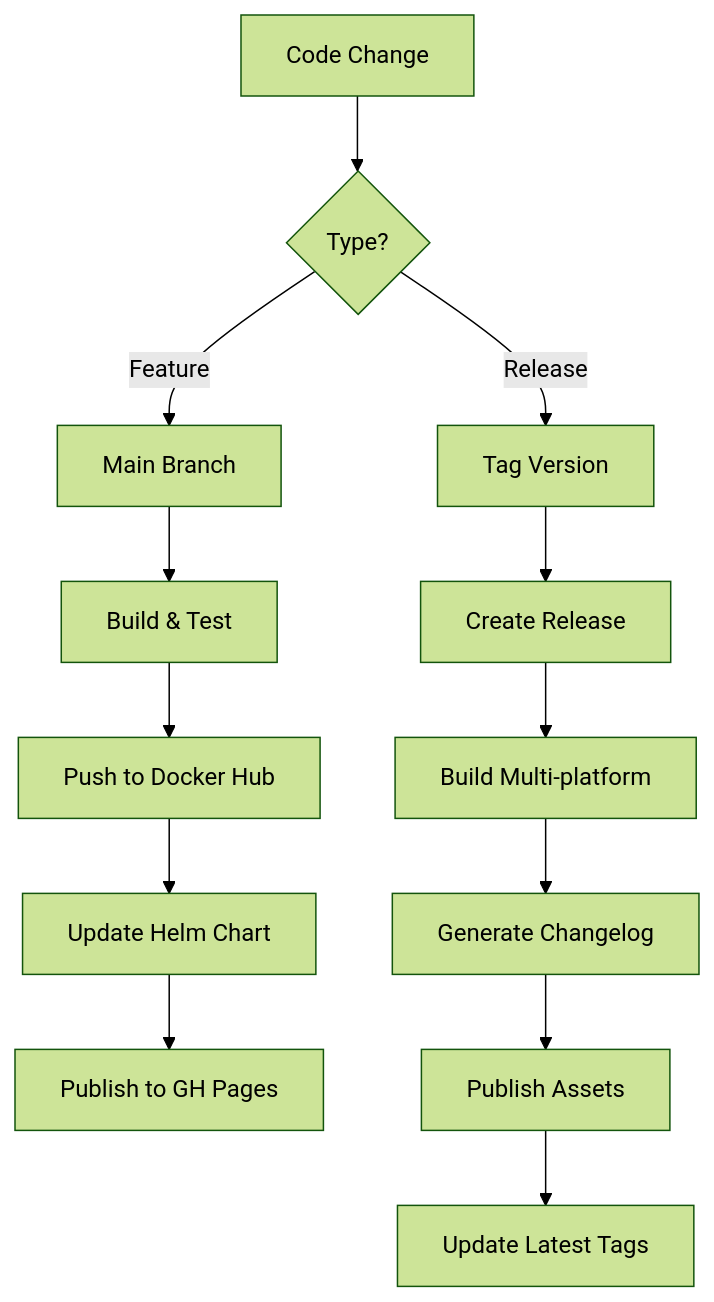
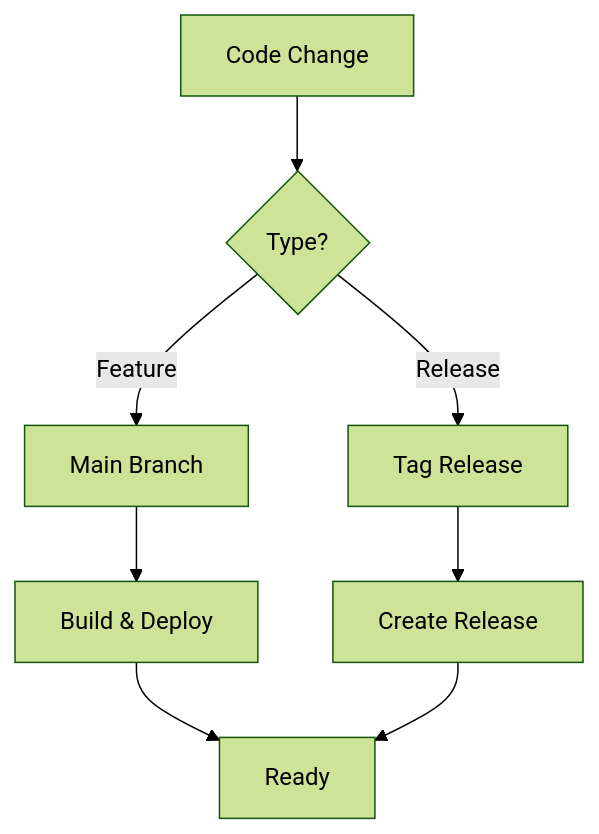
The fourth of 4 diagrams in README.md (aavishay/right-sizer), drawn with Mermaid (forest theme) before and after one commit. The commit also changed other lines of this file, not shown here.

First line of the commit message:
📊 Streamline README: Simplify architecture diagrams, remove complex sections

````diff
--- a/README.md
+++ b/README.md
@@ -449,17 +403,11 @@
 ```mermaid
 graph TD
     A[Code Change] --> B{Type?}
     B -->|Feature| C[Main Branch]
-    B -->|Release| D[Tag Version]
-    
-    C --> E[Build & Test]
-    E --> F[Push to Docker Hub]
-    F --> G[Update Helm Chart]
-    G --> H[Publish to GH Pages]
-    
-    D --> I[Create Release]
-    I --> J[Build Multi-platform]
-    J --> K[Generate Changelog]
-    K --> L[Publish Assets]
-    L --> M[Update Latest Tags]
+    B -->|Release| D[Tag Release]
+
+    C --> E[Build & Deploy]
+    D --> F[Create Release]
+    E --> G[Ready]
+    F --> G
 ```
````
